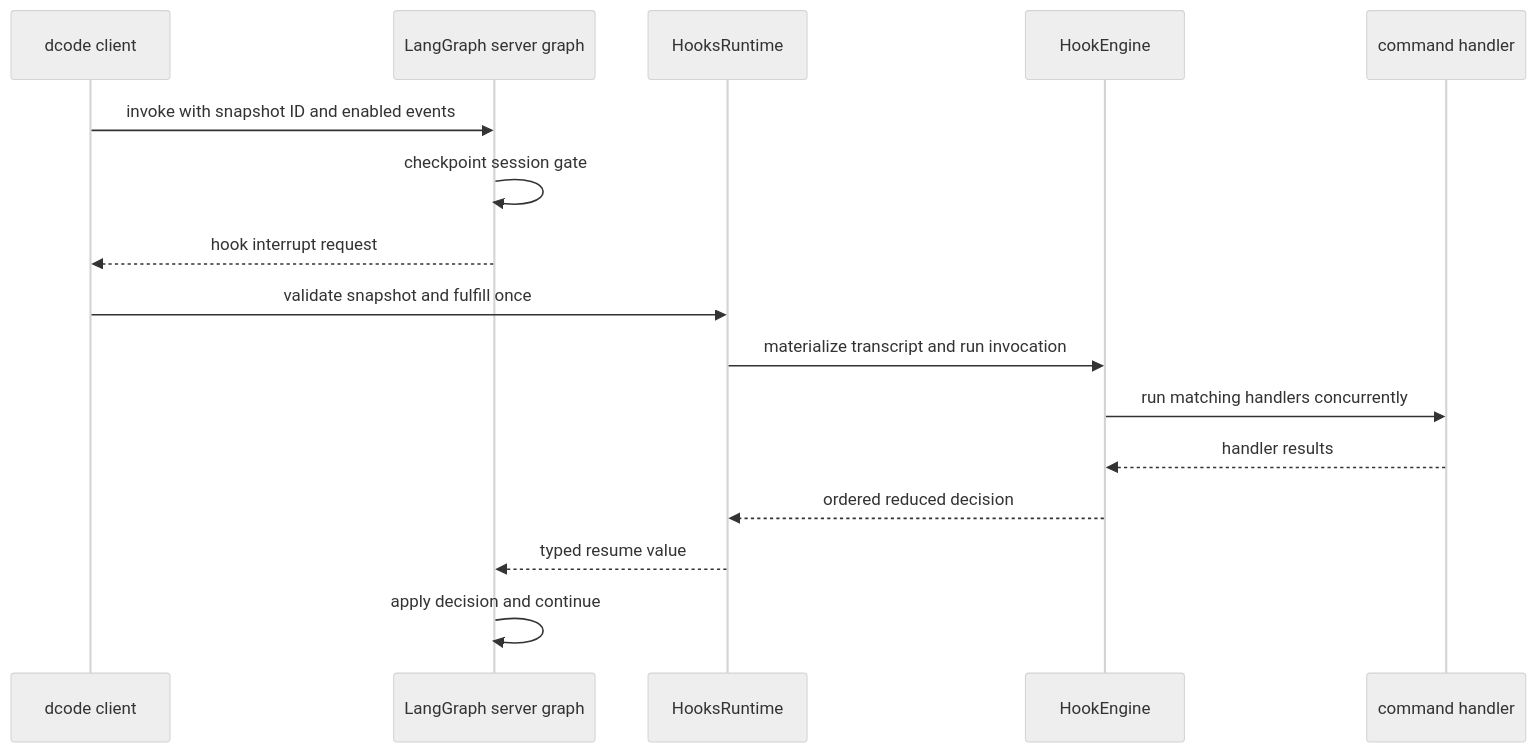
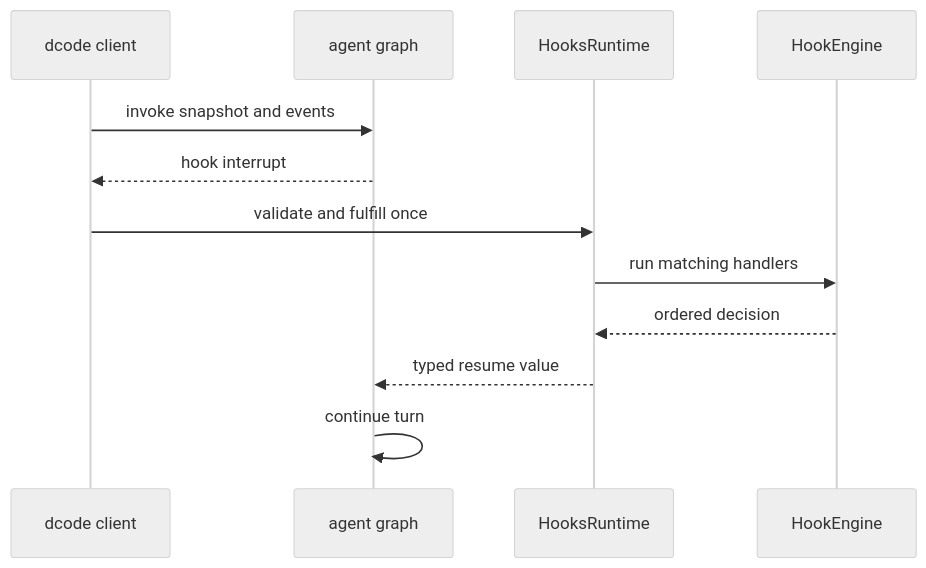
One commit to langchain-ai/deepagents changed the second of 3 diagrams in openwiki/architecture/source-map.md. Above: the diagram before and after it, drawn with Mermaid (neutral theme). The commit also changed other lines of this file and 43 other files, not shown here.

````diff
--- a/openwiki/architecture/source-map.md
+++ b/openwiki/architecture/source-map.md
@@ -122,18 +133,14 @@
 ```mermaid
 sequenceDiagram
   participant Client as dcode client
-  participant Graph as LangGraph server graph
-  participant Hooks as HooksRuntime
+  participant Graph as agent graph
+  participant Runtime as HooksRuntime
   participant Engine as HookEngine
-  participant Handler as command handler
-  Client->>Graph: invoke with snapshot ID and enabled events
-  Graph->>Graph: checkpoint session gate
-  Graph-->>Client: hook interrupt request
-  Client->>Hooks: validate snapshot and fulfill once
-  Hooks->>Engine: materialize transcript and run invocation
-  Engine->>Handler: run matching handlers concurrently
-  Handler-->>Engine: handler results
-  Engine-->>Hooks: ordered reduced decision
-  Hooks-->>Graph: typed resume value
-  Graph->>Graph: apply decision and continue
+  Client->>Graph: invoke snapshot and events
+  Graph-->>Client: hook interrupt
+  Client->>Runtime: validate and fulfill once
+  Runtime->>Engine: run matching handlers
+  Engine-->>Runtime: ordered decision
+  Runtime-->>Graph: typed resume value
+  Graph->>Graph: continue turn
 ```
````
